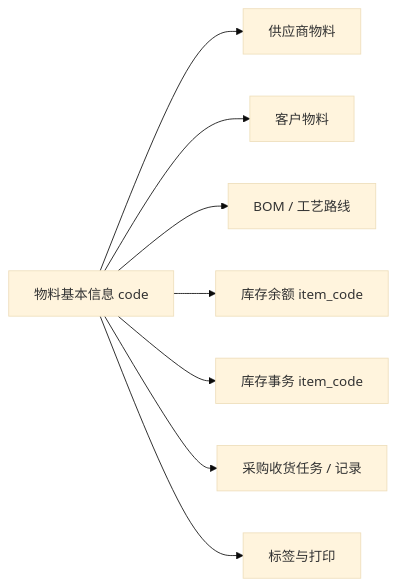
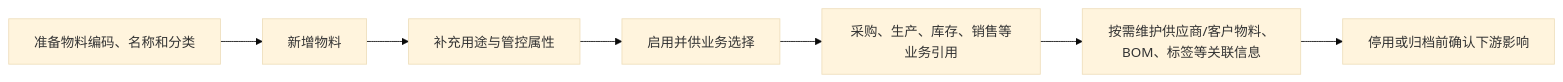
One commit to jiargcn/MomProductDocument changed the diagram in docs/04-DBC-主数据管理/01-物料管理/01-物料基本信息.md. Above: the diagram before and after it, drawn with Mermaid (base theme). The commit also changed other lines of this file and 3 other files, not shown here.

````diff
--- a/docs/04-DBC-主数据管理/01-物料管理/01-物料基本信息.md
+++ b/docs/04-DBC-主数据管理/01-物料管理/01-物料基本信息.md
@@ -103,10 +27,9 @@
 ```mermaid
 flowchart LR
-    A["物料基本信息 code"] --> B["供应商物料"]
-    A --> C["客户物料"]
-    A --> D["BOM / 工艺路线"]
-    A --> E["库存余额 item_code"]
-    A --> F["库存事务 item_code"]
-    A --> G["采购收货任务 / 记录"]
-    A --> H["标签与打印"]
+    A["准备物料编码、名称和分类"] --> B["新增物料"]
+    B --> C["补充用途与管控属性"]
+    C --> D["启用并供业务选择"]
+    D --> E["采购、生产、库存、销售等业务引用"]
+    E --> F["按需维护供应商/客户物料、BOM、标签等关联信息"]
+    F --> G["停用或归档前确认下游影响"]
 ```
````
